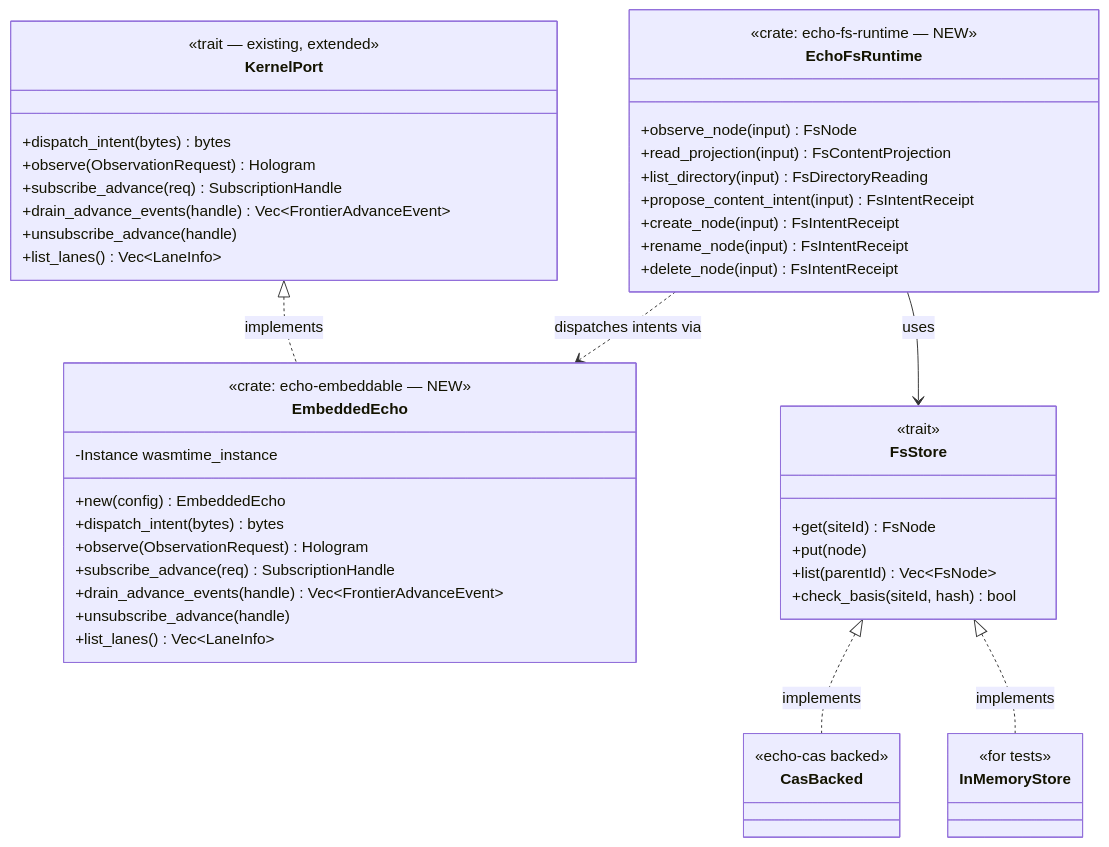
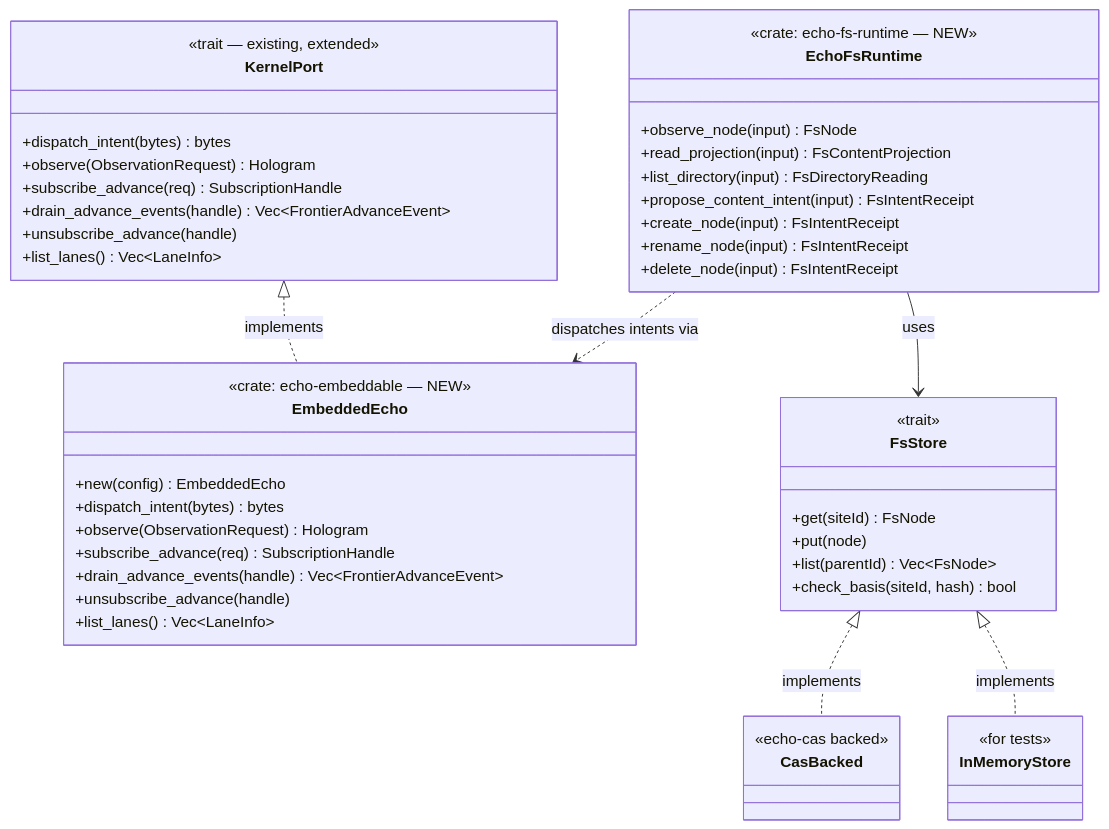
Before and after one commit to flyingrobots/warp-drive: the fourth of 8 diagrams in docs/IMPLEMENTATION_PLAN.md, drawn with Mermaid. The commit also changed other lines of this file and 1 other file, not shown here.

First line of the commit message:
docs(g0): record gate finding and purge wasmtime assumptions from plan

````diff
--- a/docs/IMPLEMENTATION_PLAN.md
+++ b/docs/IMPLEMENTATION_PLAN.md
@@ -559,51 +566,50 @@
 ```mermaid
 classDiagram
     class KernelPort {
         <<trait — existing, extended>>
         +dispatch_intent(bytes) bytes
         +observe(ObservationRequest) Hologram
         +subscribe_advance(req) SubscriptionHandle
         +drain_advance_events(handle) Vec~FrontierAdvanceEvent~
         +unsubscribe_advance(handle)
         +list_lanes() Vec~LaneInfo~
     }
     class EmbeddedEcho {
         <<crate: echo-embeddable — NEW>>
-        -Instance wasmtime_instance
         +new(config) EmbeddedEcho
         +dispatch_intent(bytes) bytes
         +observe(ObservationRequest) Hologram
         +subscribe_advance(req) SubscriptionHandle
         +drain_advance_events(handle) Vec~FrontierAdvanceEvent~
         +unsubscribe_advance(handle)
         +list_lanes() Vec~LaneInfo~
     }
     class EchoFsRuntime {
         <<crate: echo-fs-runtime — NEW>>
         +observe_node(input) FsNode
         +read_projection(input) FsContentProjection
         +list_directory(input) FsDirectoryReading
         +propose_content_intent(input) FsIntentReceipt
         +create_node(input) FsIntentReceipt
         +rename_node(input) FsIntentReceipt
         +delete_node(input) FsIntentReceipt
     }
     class FsStore {
         <<trait>>
         +get(siteId) FsNode
         +put(node)
         +list(parentId) Vec~FsNode~
         +check_basis(siteId, hash) bool
     }
     class CasBacked {
         <<echo-cas backed>>
     }
     class InMemoryStore {
         <<for tests>>
     }
     KernelPort <|.. EmbeddedEcho : implements
     EchoFsRuntime --> FsStore : uses
     EchoFsRuntime ..> EmbeddedEcho : dispatches intents via
     FsStore <|.. CasBacked : implements
     FsStore <|.. InMemoryStore : implements
 ```
````
